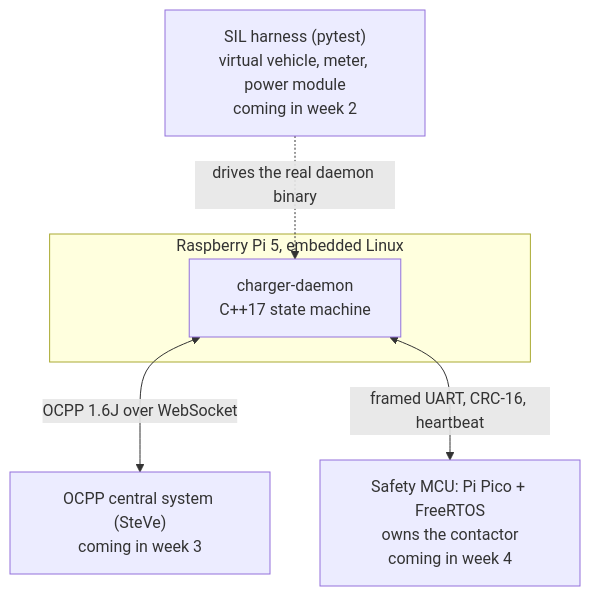
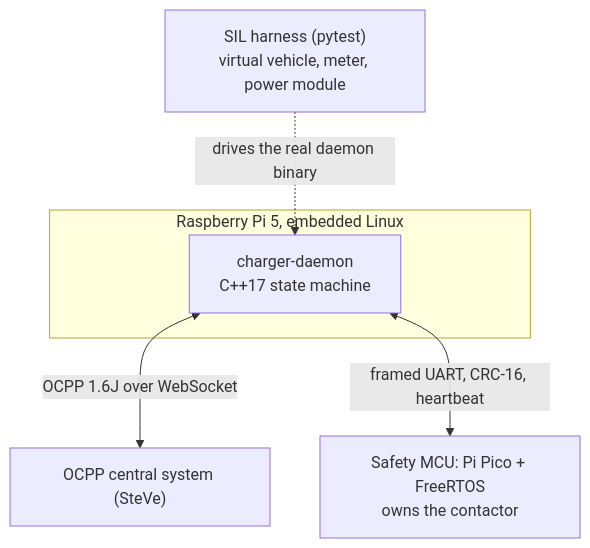
Before and after one commit to rmdesmond/ChargingSystemForVehicles: the second of 2 diagrams in README.md, drawn with Mermaid. The commit also changed other lines of this file and 14 other files, not shown here.

````diff
--- a/README.md
+++ b/README.md
@@ -91,12 +91,12 @@
 ```mermaid
 flowchart TB
     subgraph pi["Raspberry Pi 5, embedded Linux"]
         daemon["charger-daemon<br/>C++17 state machine"]
     end
-    backend["OCPP central system (SteVe)<br/>coming in week 3"]
-    mcu["Safety MCU: Pi Pico + FreeRTOS<br/>owns the contactor<br/>coming in week 4"]
-    sil["SIL harness (pytest)<br/>virtual vehicle, meter, power module<br/>coming in week 2"]
+    backend["OCPP central system (SteVe)<br/>"]
+    mcu["Safety MCU: Pi Pico + FreeRTOS<br/>owns the contactor<br/>"]
+    sil["SIL harness (pytest)<br/>virtual vehicle, meter, power module<br/>"]
     daemon <-->|"OCPP 1.6J over WebSocket"| backend
     daemon <-->|"framed UART, CRC-16, heartbeat"| mcu
     sil -.->|"drives the real daemon binary"| daemon
 ```
````
